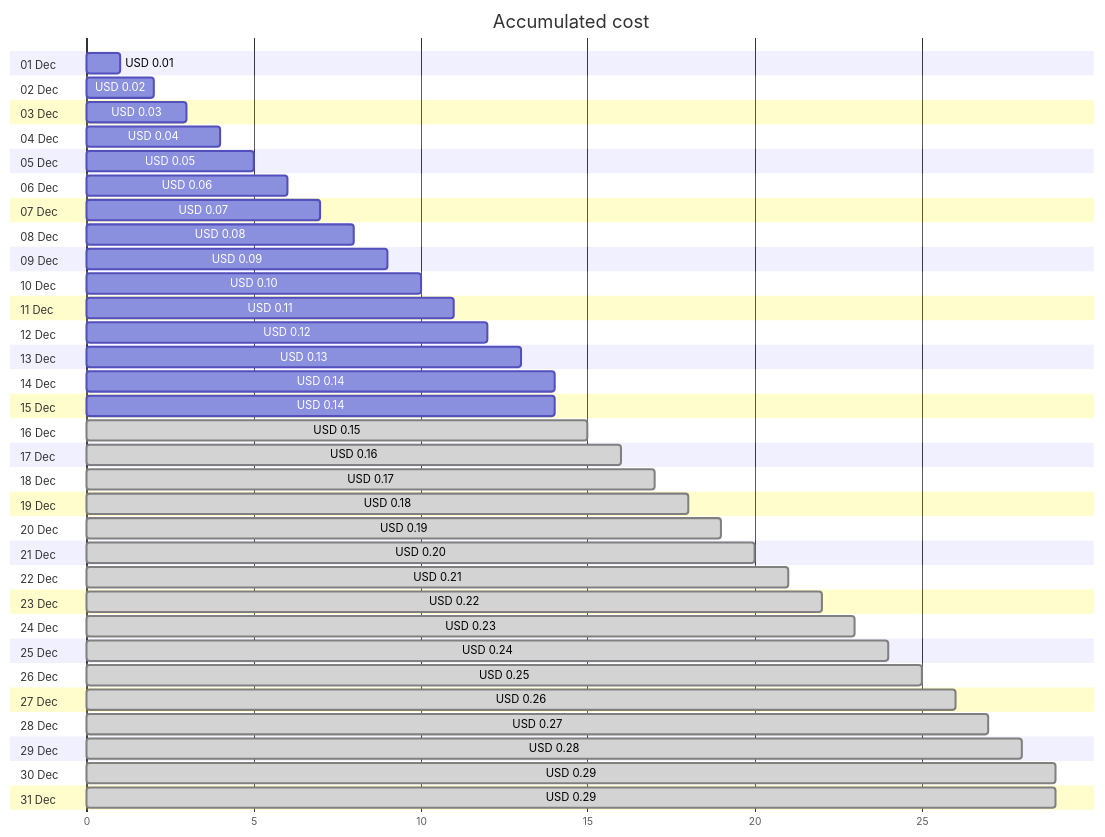
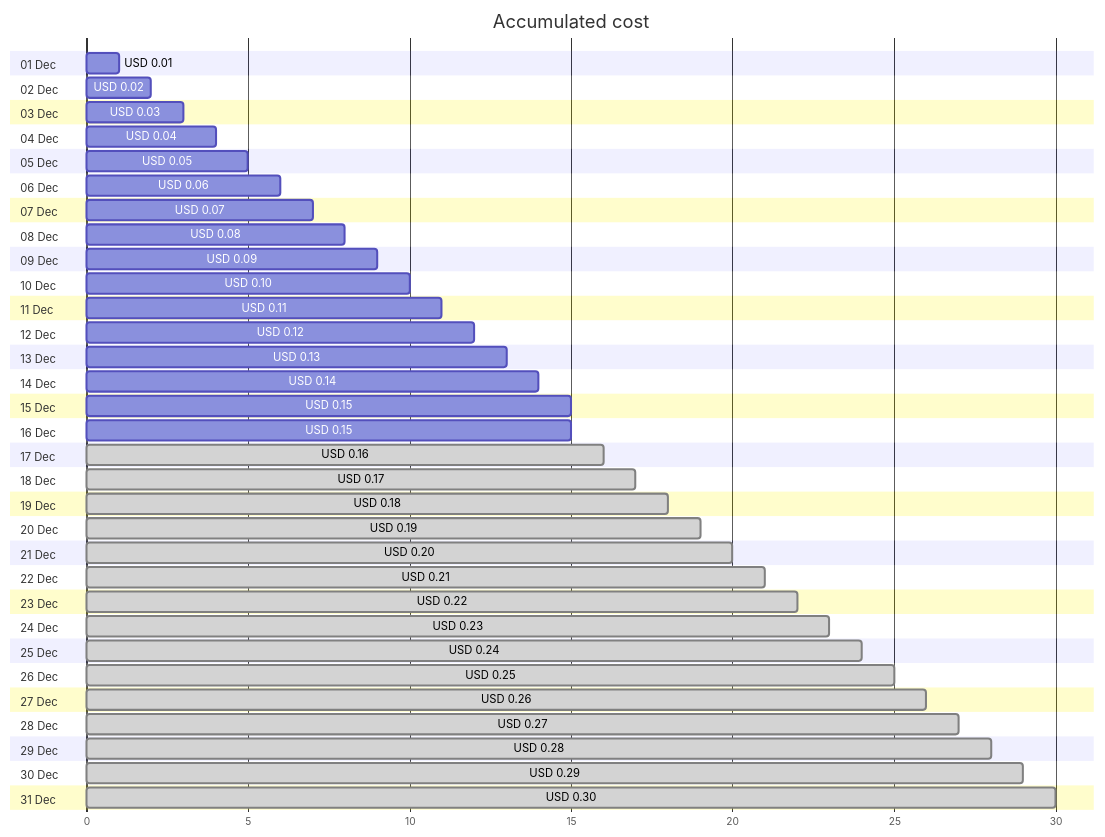
Before and after one commit to jpfulton/azure-personal-reports: the first of 4 diagrams in cost-reports/cloud-shell-storage-eastus/README.md, drawn with Mermaid. The commit also changed other lines of this file and 1 other file, not shown here.

````diff
--- a/cost-reports/cloud-shell-storage-eastus/README.md
+++ b/cost-reports/cloud-shell-storage-eastus/README.md
@@ -20,68 +20,68 @@
 ```mermaid
 gantt
    title Accumulated cost
    dateFormat  X
    axisFormat %s
    section 01 Dec
    USD 0.01 :0, 1
    section 02 Dec
    USD 0.02 :0, 2
    section 03 Dec
    USD 0.03 :0, 3
    section 04 Dec
    USD 0.04 :0, 4
    section 05 Dec
    USD 0.05 :0, 5
    section 06 Dec
    USD 0.06 :0, 6
    section 07 Dec
    USD 0.07 :0, 7
    section 08 Dec
    USD 0.08 :0, 8
    section 09 Dec
    USD 0.09 :0, 9
    section 10 Dec
    USD 0.10 :0, 10
    section 11 Dec
    USD 0.11 :0, 11
    section 12 Dec
    USD 0.12 :0, 12
    section 13 Dec
    USD 0.13 :0, 13
    section 14 Dec
    USD 0.14 :0, 14
    section 15 Dec
-   USD 0.14 :0, 14
+   USD 0.15 :0, 15
    section 16 Dec
-   USD 0.15 : done, 0, 15
+   USD 0.15 :0, 15
    section 17 Dec
    USD 0.16 : done, 0, 16
    section 18 Dec
    USD 0.17 : done, 0, 17
    section 19 Dec
    USD 0.18 : done, 0, 18
    section 20 Dec
    USD 0.19 : done, 0, 19
    section 21 Dec
    USD 0.20 : done, 0, 20
    section 22 Dec
    USD 0.21 : done, 0, 21
    section 23 Dec
    USD 0.22 : done, 0, 22
    section 24 Dec
    USD 0.23 : done, 0, 23
    section 25 Dec
    USD 0.24 : done, 0, 24
    section 26 Dec
    USD 0.25 : done, 0, 25
    section 27 Dec
    USD 0.26 : done, 0, 26
    section 28 Dec
    USD 0.27 : done, 0, 27
    section 29 Dec
    USD 0.28 : done, 0, 28
    section 30 Dec
    USD 0.29 : done, 0, 29
    section 31 Dec
-   USD 0.29 : done, 0, 29
+   USD 0.30 : done, 0, 30
 ```
````
